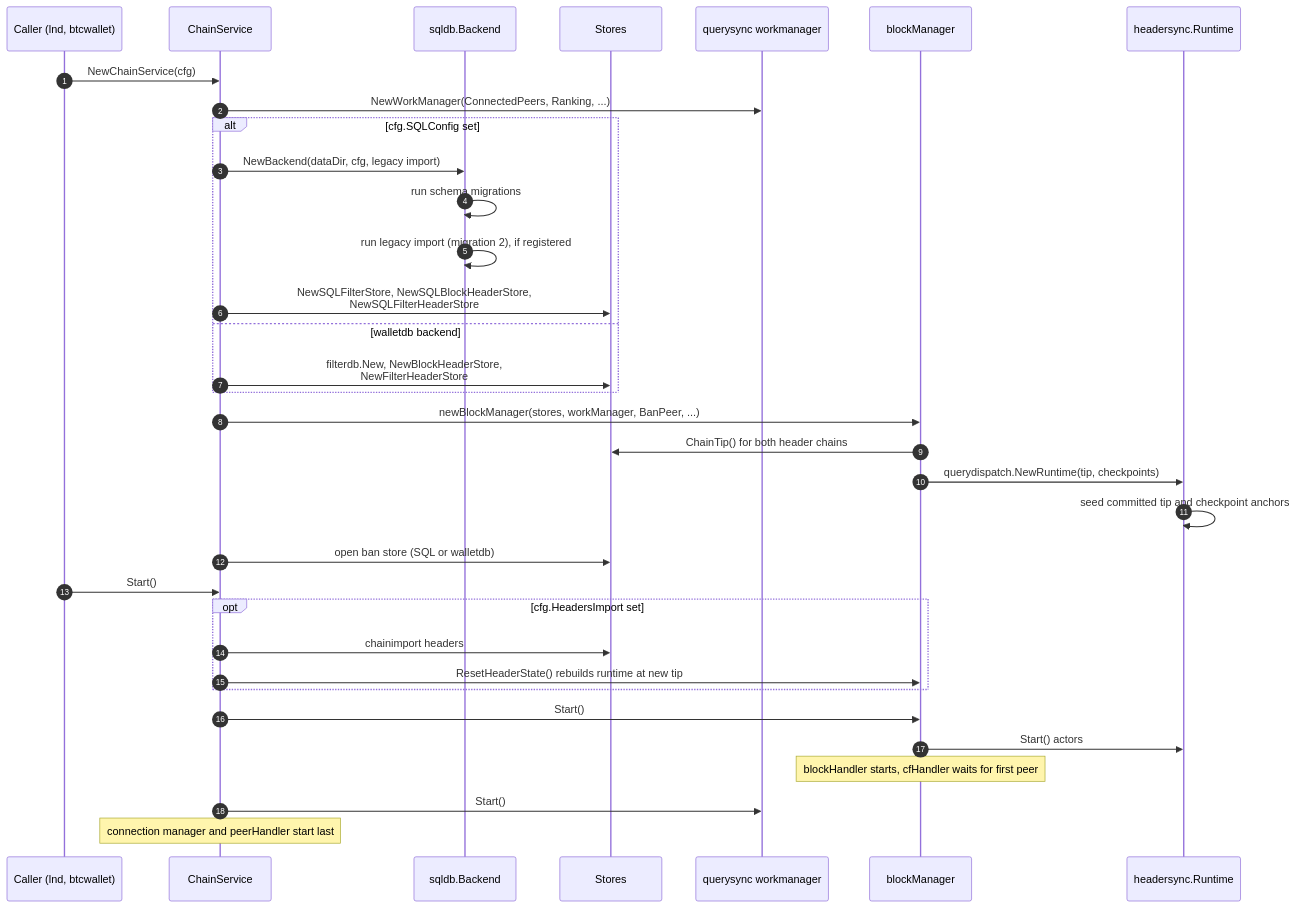
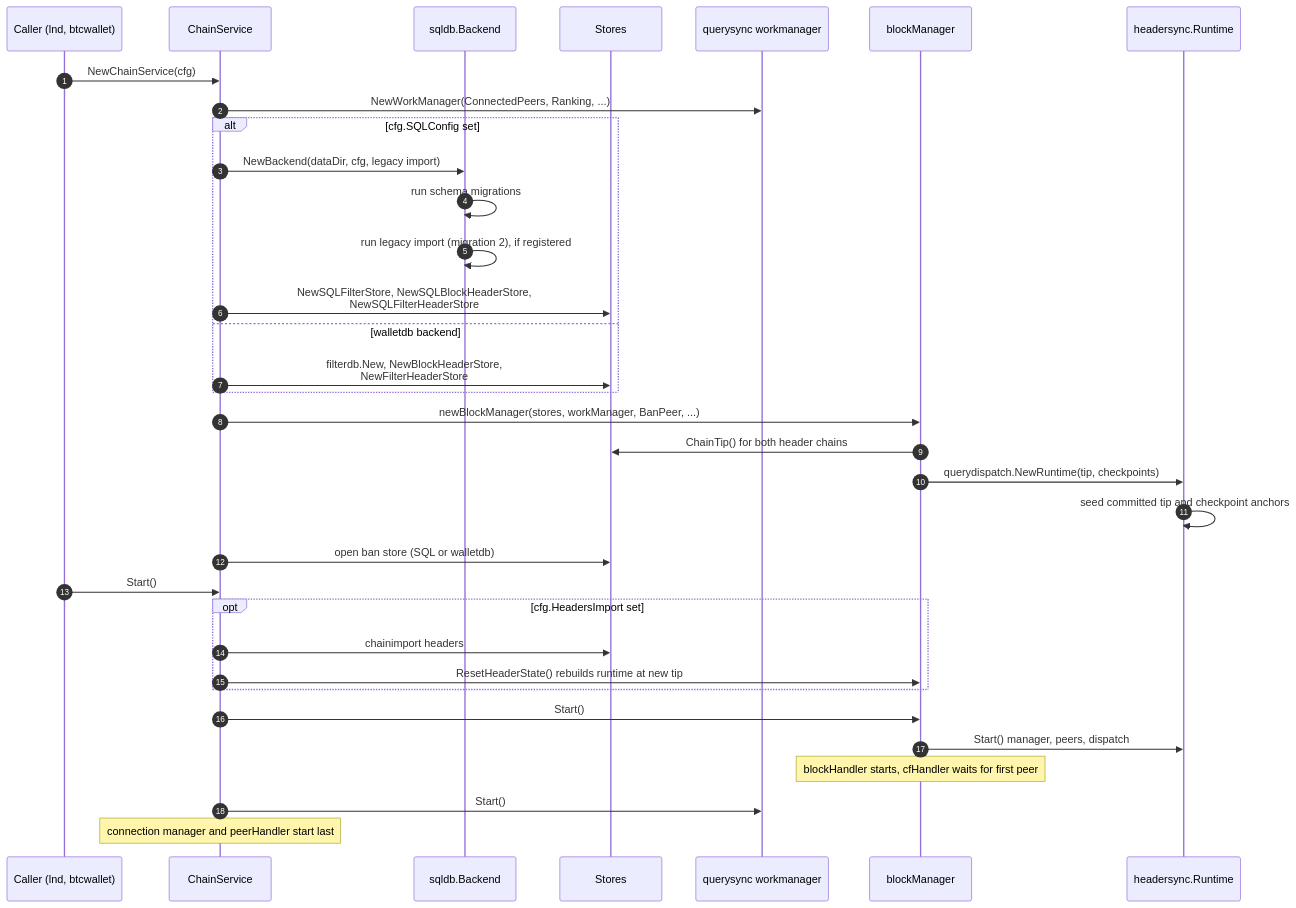
The second of 9 diagrams in docs/sync-architecture.md (lightninglabs/neutrino), drawn with Mermaid before and after one commit. The commit also changed other lines of this file and 19 other files, not shown here.

````diff
--- a/docs/sync-architecture.md
+++ b/docs/sync-architecture.md
@@ -107,37 +107,37 @@
 ```mermaid
 sequenceDiagram
     autonumber
     participant App as Caller (lnd, btcwallet)
     participant CS as ChainService
     participant SQL as sqldb.Backend
     participant St as Stores
     participant WM as querysync workmanager
     participant BM as blockManager
     participant RT as headersync.Runtime
 
     App->>CS: NewChainService(cfg)
     CS->>WM: NewWorkManager(ConnectedPeers, Ranking, ...)
     alt cfg.SQLConfig set
         CS->>SQL: NewBackend(dataDir, cfg, legacy import)
         SQL->>SQL: run schema migrations
         SQL->>SQL: run legacy import (migration 2), if registered
         CS->>St: NewSQLFilterStore, NewSQLBlockHeaderStore,<br/>NewSQLFilterHeaderStore
     else walletdb backend
         CS->>St: filterdb.New, NewBlockHeaderStore,<br/>NewFilterHeaderStore
     end
     CS->>BM: newBlockManager(stores, workManager, BanPeer, ...)
     BM->>St: ChainTip() for both header chains
     BM->>RT: querydispatch.NewRuntime(tip, checkpoints)
     RT->>RT: seed committed tip and checkpoint anchors
     CS->>St: open ban store (SQL or walletdb)
     App->>CS: Start()
     opt cfg.HeadersImport set
         CS->>St: chainimport headers
         CS->>BM: ResetHeaderState() rebuilds runtime at new tip
     end
     CS->>BM: Start()
-    BM->>RT: Start() actors
+    BM->>RT: Start() manager, peers, dispatch
     Note over BM: blockHandler starts, cfHandler waits for first peer
     CS->>WM: Start()
     Note over CS: connection manager and peerHandler start last
 ```
````
